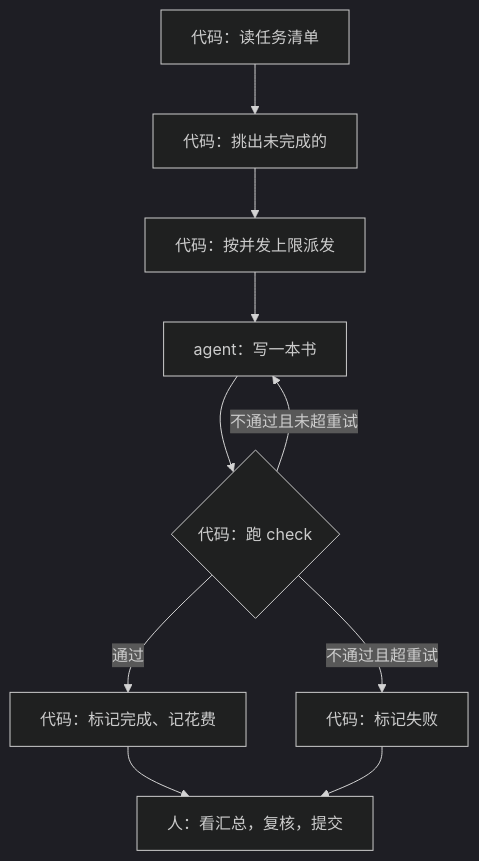
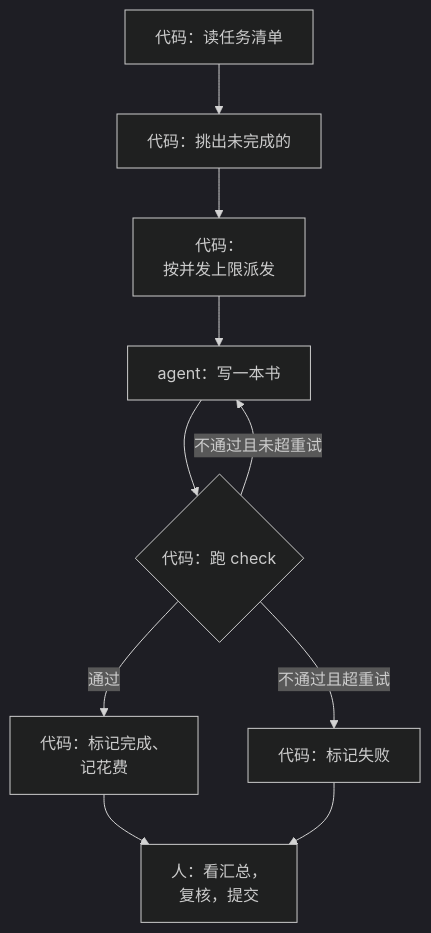
Before and after one commit to jarvis-pro/hatch-shelf: the diagram in books/multi-agent/04-workflow-deterministic.md, drawn with Mermaid (dark theme). The commit also changed 432 other files, not shown here.

````diff
--- a/books/multi-agent/04-workflow-deterministic.md
+++ b/books/multi-agent/04-workflow-deterministic.md
@@ -24,12 +24,12 @@
 ```mermaid
 flowchart TD
   L["代码：读任务清单"] --> P["代码：挑出未完成的"]
-  P --> D["代码：按并发上限派发"]
+  P --> D["代码：<br/>按并发上限派发"]
   D --> A["agent：写一本书"]
   A --> C{"代码：跑 check"}
   C -->|"不通过且未超重试"| A
   C -->|"不通过且超重试"| F["代码：标记失败"]
-  C -->|"通过"| S["代码：标记完成、记花费"]
-  S --> H["人：看汇总，复核，提交"]
+  C -->|"通过"| S["代码：标记完成、<br/>记花费"]
+  S --> H["人：看汇总，<br/>复核，提交"]
   F --> H
 ```
````
